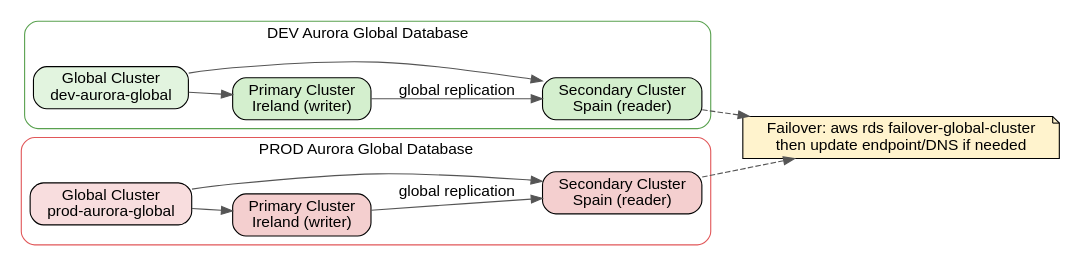
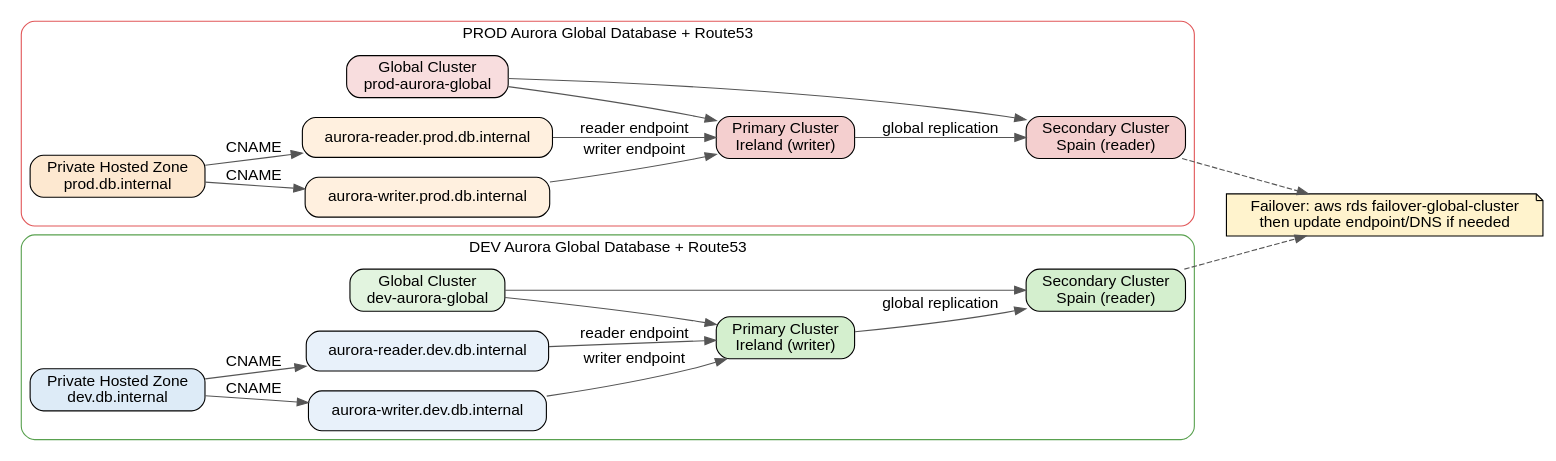
Before and after one commit to SergioSalmador/aws-multi-region: the diagram in docs/architecture/rds-aurora.dot, drawn with Graphviz. The commit also changed 13 other files, not shown here.

Commit message:
feat(data): add route53 private DNS for aurora in dev and prod

```diff
--- a/docs/architecture/rds-aurora.dot
+++ b/docs/architecture/rds-aurora.dot
@@ -1,38 +1,52 @@
 digraph AuroraArchitecture {
   rankdir=LR;
   fontname="Helvetica";
   node [shape=box, style="rounded,filled", fontname="Helvetica", fillcolor="white"];
   edge [fontname="Helvetica", color="#555555"];
 
   subgraph cluster_dev {
-    label="DEV Aurora Global Database";
+    label="DEV Aurora Global Database + Route53";
     color="#59A14F";
     style="rounded";
 
     dev_global [label="Global Cluster\ndev-aurora-global", fillcolor="#E2F4DF"];
     dev_primary [label="Primary Cluster\nIreland (writer)", fillcolor="#D4EFCE"];
     dev_secondary [label="Secondary Cluster\nSpain (reader)", fillcolor="#D4EFCE"];
+    dev_zone [label="Private Hosted Zone\ndev.db.internal", fillcolor="#DDEBF7"];
+    dev_writer_dns [label="aurora-writer.dev.db.internal", fillcolor="#E8F1FA"];
+    dev_reader_dns [label="aurora-reader.dev.db.internal", fillcolor="#E8F1FA"];
 
     dev_global -> dev_primary;
     dev_global -> dev_secondary;
     dev_primary -> dev_secondary [label="global replication"];
+    dev_zone -> dev_writer_dns [label="CNAME"];
+    dev_zone -> dev_reader_dns [label="CNAME"];
+    dev_writer_dns -> dev_primary [label="writer endpoint"];
+    dev_reader_dns -> dev_primary [label="reader endpoint"];
   }
 
   subgraph cluster_prod {
-    label="PROD Aurora Global Database";
+    label="PROD Aurora Global Database + Route53";
     color="#E15759";
     style="rounded";
 
     prod_global [label="Global Cluster\nprod-aurora-global", fillcolor="#F8DDDE"];
     prod_primary [label="Primary Cluster\nIreland (writer)", fillcolor="#F4CFCF"];
     prod_secondary [label="Secondary Cluster\nSpain (reader)", fillcolor="#F4CFCF"];
+    prod_zone [label="Private Hosted Zone\nprod.db.internal", fillcolor="#FDE8D0"];
+    prod_writer_dns [label="aurora-writer.prod.db.internal", fillcolor="#FFF0DF"];
+    prod_reader_dns [label="aurora-reader.prod.db.internal", fillcolor="#FFF0DF"];
 
     prod_global -> prod_primary;
     prod_global -> prod_secondary;
     prod_primary -> prod_secondary [label="global replication"];
+    prod_zone -> prod_writer_dns [label="CNAME"];
+    prod_zone -> prod_reader_dns [label="CNAME"];
+    prod_writer_dns -> prod_primary [label="writer endpoint"];
+    prod_reader_dns -> prod_primary [label="reader endpoint"];
   }
 
   failover [shape=note, fillcolor="#FFF3CD", label="Failover: aws rds failover-global-cluster\nthen update endpoint/DNS if needed"];
   dev_secondary -> failover [style=dashed];
   prod_secondary -> failover [style=dashed];
 }
```
